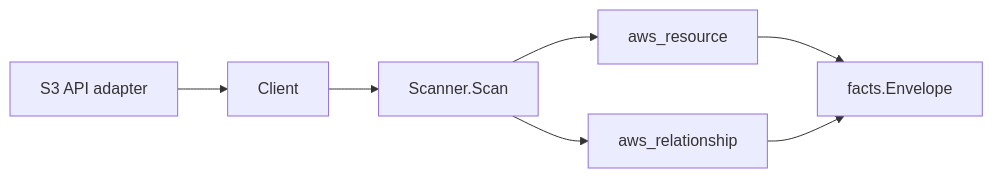
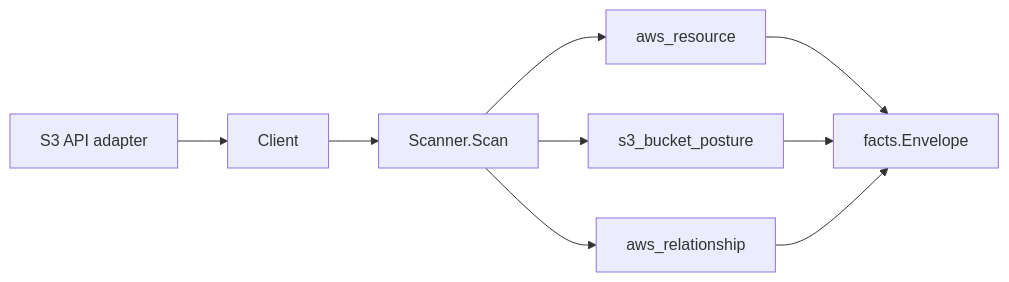
The diagram in go/internal/collector/awscloud/services/s3/README.md (eshu-hq/eshu), drawn with Mermaid before and after one commit. The commit also changed other lines of this file and 19 other files, not shown here.

First line of the commit message:
feat: s3_bucket_posture facts — PR1 facts (toward #1144)

````diff
--- a/go/internal/collector/awscloud/services/s3/README.md
+++ b/go/internal/collector/awscloud/services/s3/README.md
@@ -16,9 +17,11 @@
 ```mermaid
 flowchart LR
   A["S3 API adapter"] --> B["Client"]
   B --> C["Scanner.Scan"]
   C --> D["aws_resource"]
+  C --> G["s3_bucket_posture"]
   C --> E["aws_relationship"]
   D --> F["facts.Envelope"]
+  G --> F
   E --> F
 ```
````
